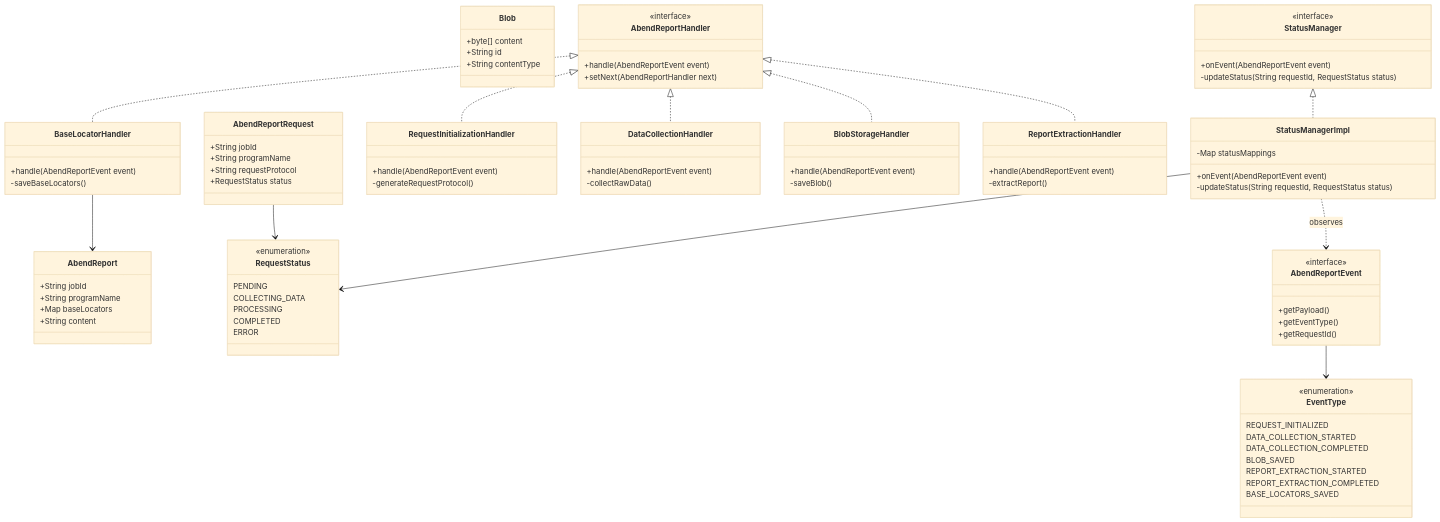
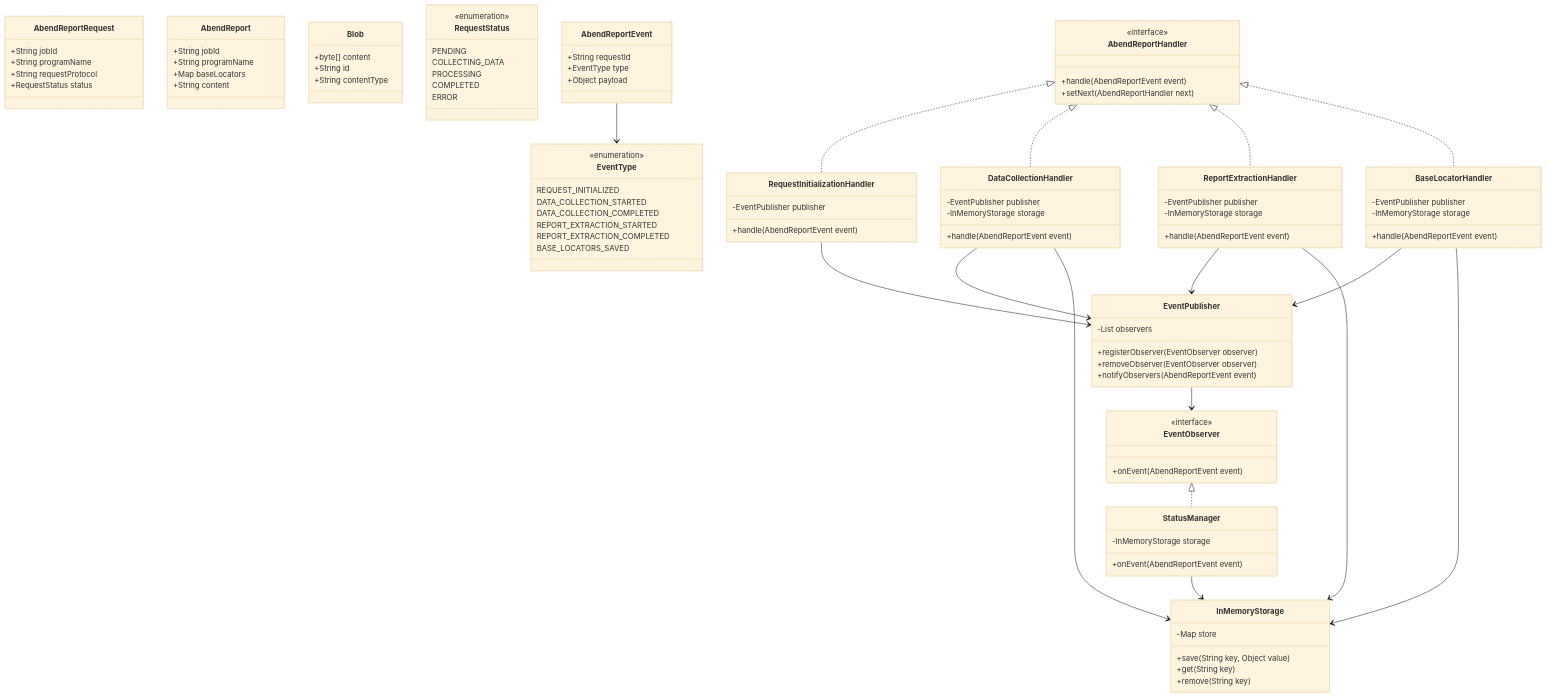
The diagram in docs/abend-report-workflow.md (evandrorenan/web3270-data-sysdump), drawn with Mermaid (base theme) before and after one commit. The commit also changed other lines of this file and 19 other files, not shown here.

First line of the commit message:
feat: implement event-driven workflow architecture

````diff
--- a/docs/abend-report-workflow.md
+++ b/docs/abend-report-workflow.md
@@ -5,5 +5,6 @@
 ```mermaid
 classDiagram
+    %% Core Domain Objects
     class AbendReportRequest {
         +String jobId
         +String programName
@@ -33,12 +34,23 @@
         ERROR
     }
 
-    %% Event System
+    %% Observer Pattern
+    class EventPublisher {
+        -List<EventObserver> observers
+        +registerObserver(EventObserver observer)
+        +removeObserver(EventObserver observer)
+        +notifyObservers(AbendReportEvent event)
+    }
+
+    class EventObserver {
+        <<interface>>
+        +onEvent(AbendReportEvent event)
+    }
+
     class AbendReportEvent {
-        <<interface>>
-        +getPayload()
-        +getEventType()
-        +getRequestId()
+        +String requestId
+        +EventType type
+        +Object payload
     }
 
     class EventType {
@@ -46,68 +58,72 @@
         REQUEST_INITIALIZED
         DATA_COLLECTION_STARTED
         DATA_COLLECTION_COMPLETED
-        BLOB_SAVED
         REPORT_EXTRACTION_STARTED
         REPORT_EXTRACTION_COMPLETED
         BASE_LOCATORS_SAVED
     }
 
-    %% Status Management
-    class StatusManager {
-        <<interface>>
-        +onEvent(AbendReportEvent event)
-        -updateStatus(String requestId, RequestStatus status)
-    }
-
-    class StatusManagerImpl {
-        -Map<EventType, RequestStatus> statusMappings
-        +onEvent(AbendReportEvent event)
-        -updateStatus(String requestId, RequestStatus status)
-    }
-
-    %% Chain of Responsibility Interfaces
+    %% Chain of Responsibility
     class AbendReportHandler {
         <<interface>>
         +handle(AbendReportEvent event)
         +setNext(AbendReportHandler next)
     }
 
-    %% Concrete Handlers
     class RequestInitializationHandler {
+        -EventPublisher publisher
         +handle(AbendReportEvent event)
-        -generateRequestProtocol()
     }
 
     class DataCollectionHandler {
+        -EventPublisher publisher
+        -InMemoryStorage storage
         +handle(AbendReportEvent event)
-        -collectRawData()
-    }
-
-    class BlobStorageHandler {
-        +handle(AbendReportEvent event)
-        -saveBlob()
     }
 
     class ReportExtractionHandler {
+        -EventPublisher publisher
+        -InMemoryStorage storage
         +handle(AbendReportEvent event)
-        -extractReport()
     }
 
     class BaseLocatorHandler {
+        -EventPublisher publisher
+        -InMemoryStorage storage
         +handle(AbendReportEvent event)
-        -saveBaseLocators()
     }
 
+    %% In-Memory Storage
+    class InMemoryStorage {
+        -Map<String, Object> store
+        +save(String key, Object value)
+        +get(String key)
+        +remove(String key)
+    }
+
+    %% Status Management
+    class StatusManager {
+        -InMemoryStorage storage
+        +onEvent(AbendReportEvent event)
+    }
+
+    %% Relationships
     AbendReportHandler <|.. RequestInitializationHandler
     AbendReportHandler <|.. DataCollectionHandler
-    AbendReportHandler <|.. BlobStorageHandler
     AbendReportHandler <|.. ReportExtractionHandler
     AbendReportHandler <|.. BaseLocatorHandler
     
-    AbendReportRequest --> RequestStatus
-    BaseLocatorHandler --> AbendReport
+    EventObserver <|.. StatusManager
+    EventPublisher --> EventObserver
     AbendReportEvent --> EventType
-    StatusManager <|.. StatusManagerImpl
-    StatusManagerImpl --> RequestStatus
-    StatusManagerImpl ..> AbendReportEvent : observes
+    
+    RequestInitializationHandler --> EventPublisher
+    DataCollectionHandler --> EventPublisher
+    ReportExtractionHandler --> EventPublisher
+    BaseLocatorHandler --> EventPublisher
+    
+    DataCollectionHandler --> InMemoryStorage
+    ReportExtractionHandler --> InMemoryStorage
+    BaseLocatorHandler --> InMemoryStorage
+    StatusManager --> InMemoryStorage
 ```
````
